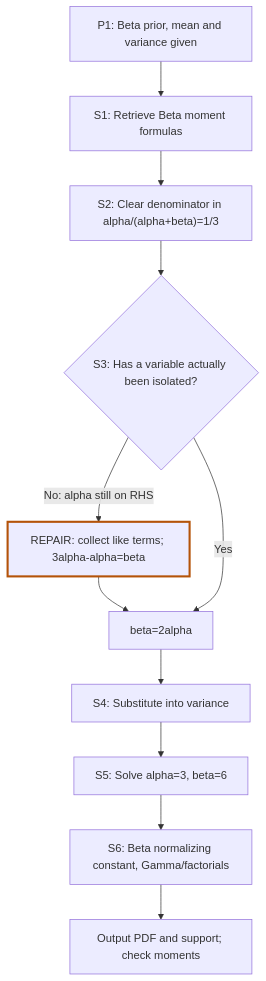
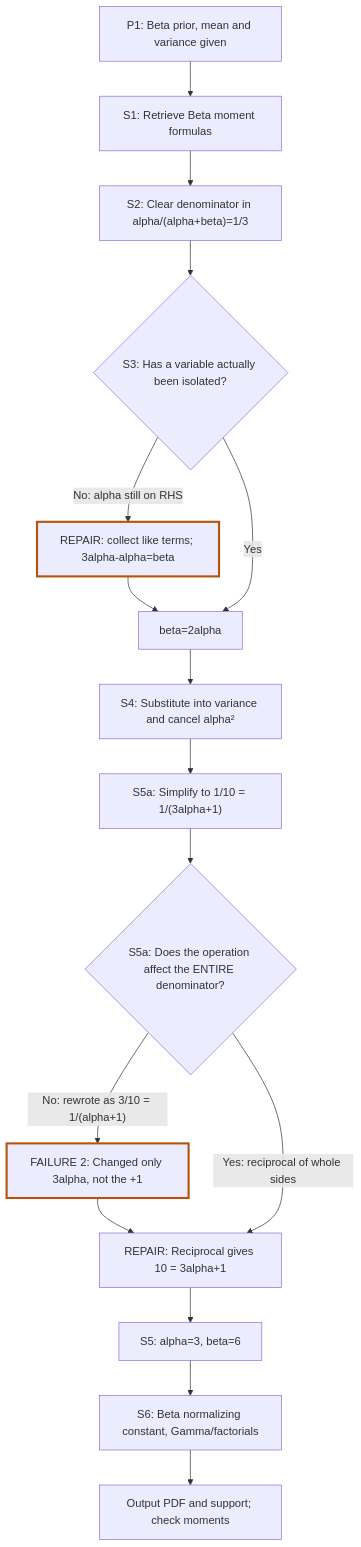
One commit to immcnotthere/School changed the first of 6 diagrams in notes/School/STAT 132/Discussions/Discussion 1 Stats132.md. Above: the diagram before and after it, drawn with Mermaid. The commit also changed other lines of this file, not shown here.

Commit message:
STAT132 Discussion 1: trace P1.S5a compound-denominator error and mark flowchart

```diff
--- a/notes/School/STAT 132/Discussions/Discussion 1 Stats132.md
+++ b/notes/School/STAT 132/Discussions/Discussion 1 Stats132.md
@@ -138,14 +148,20 @@
 ~~~mermaid
 flowchart TD
   A["P1: Beta prior, mean and variance given"] --> B["S1: Retrieve Beta moment formulas"]
   B --> C["S2: Clear denominator in alpha/(alpha+beta)=1/3"]
   C --> D{"S3: Has a variable actually been isolated?"}
   D -->|"No: alpha still on RHS"| E["REPAIR: collect like terms; 3alpha-alpha=beta"]
   E --> F["beta=2alpha"]
   D -->|"Yes"| F
-  F --> G["S4: Substitute into variance"]
-  G --> H["S5: Solve alpha=3, beta=6"]
+  F --> G["S4: Substitute into variance and cancel alpha²"]
+  G --> H0["S5a: Simplify to 1/10 = 1/(3alpha+1)"]
+  H0 --> H1{"S5a: Does the operation affect the ENTIRE denominator?"}
+  H1 -->|"No: rewrote as 3/10 = 1/(alpha+1)"| H2["FAILURE 2: Changed only 3alpha, not the +1"]
+  H2 --> H3["REPAIR: Reciprocal gives 10 = 3alpha+1"]
+  H1 -->|"Yes: reciprocal of whole sides"| H3
+  H3 --> H["S5: alpha=3, beta=6"]
   H --> I["S6: Beta normalizing constant, Gamma/factorials"]
   I --> J["Output PDF and support; check moments"]
   style E stroke:#b45309,stroke-width:3px
+  style H2 stroke:#b45309,stroke-width:3px
 ~~~
```
